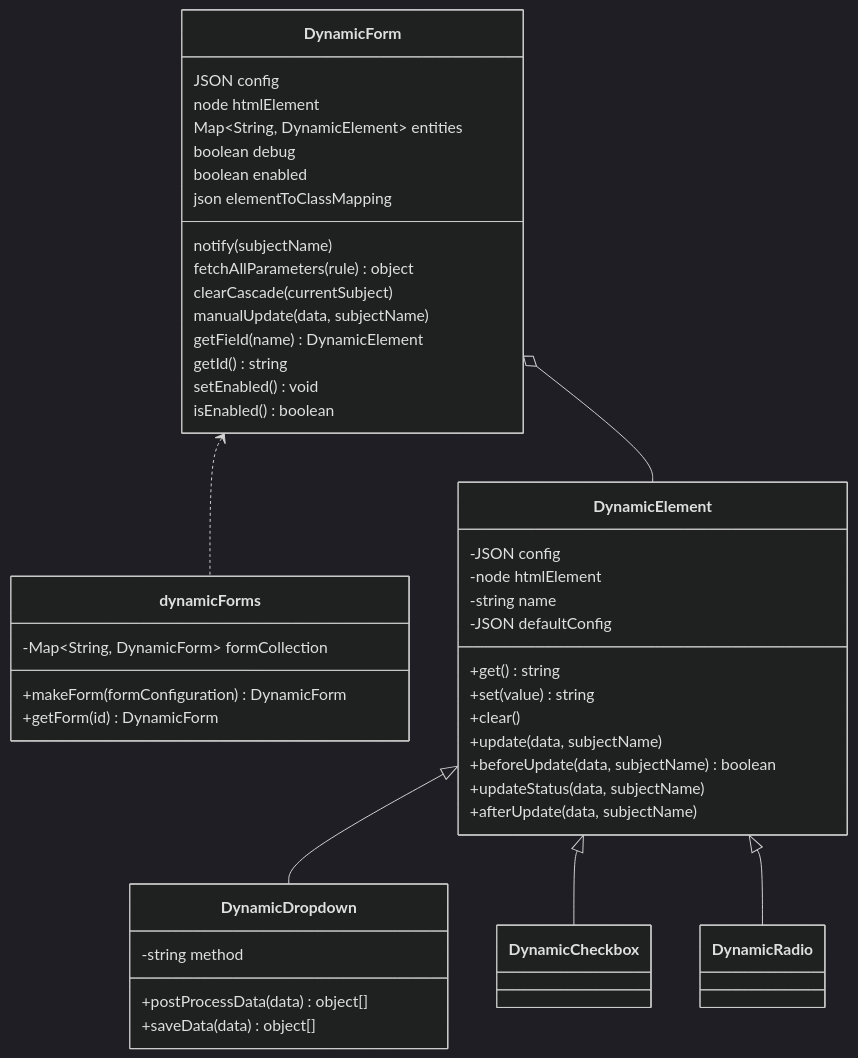
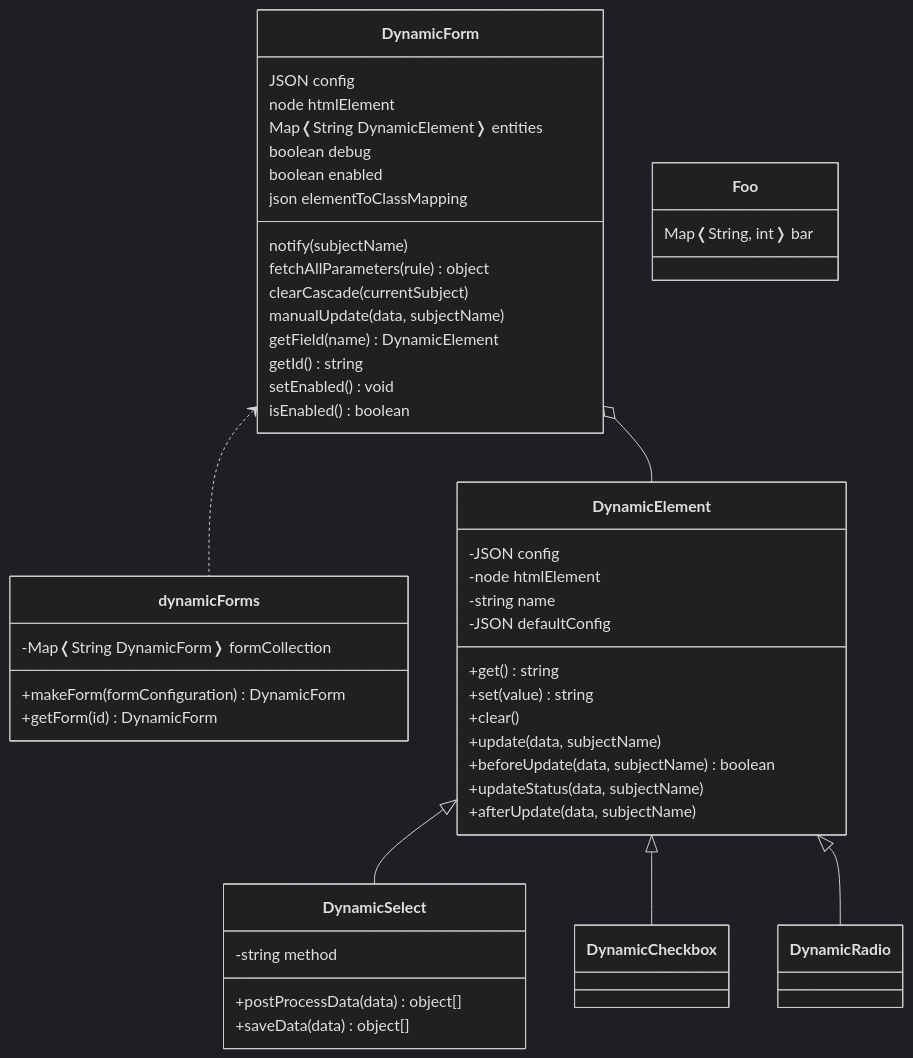
The diagram in docs/classdiagram.mmd (simomosi/dynamic-forms), drawn with Mermaid (dark theme) before and after one commit. The commit also changed 1 other file, not shown here.

Commit message:
Fixed mermaid class diagram not rendering

```diff
--- a/docs/classdiagram.mmd
+++ b/docs/classdiagram.mmd
@@ -1,51 +1,55 @@
 classDiagram
 
     class DynamicForm {
         JSON config
         node htmlElement
-        Map~String, DynamicElement~ entities
+        Map❬String DynamicElement❭ entities
         boolean debug
         boolean enabled
         json elementToClassMapping
 
         notify(subjectName)
         fetchAllParameters(rule) object
         clearCascade(currentSubject)
         manualUpdate(data, subjectName)
         getField(name) DynamicElement
         getId() string
         setEnabled() void
         isEnabled() boolean
     }
 
     class dynamicForms {
-        -Map~String, DynamicForm~ formCollection
+        -Map❬String DynamicForm❭ formCollection
         +makeForm(formConfiguration) DynamicForm
         +getForm(id) DynamicForm
     }
 
     class DynamicElement {
         -JSON config
         -node htmlElement
         -string name
         -JSON defaultConfig
         +get() string
         +set(value) string
         +clear()
         +update(data, subjectName)
         +beforeUpdate(data, subjectName) boolean
         +updateStatus(data, subjectName)
         +afterUpdate(data, subjectName)
     }
 
-    class DynamicDropdown {
+    class DynamicSelect {
         -string method
         +postProcessData(data) object[]
         +saveData(data) object[]
     }
 
     DynamicForm <.. dynamicForms
     DynamicForm o-- DynamicElement
-    DynamicElement <|-- DynamicDropdown
+    DynamicElement <|-- DynamicSelect
     DynamicElement <|-- DynamicCheckbox
     DynamicElement <|-- DynamicRadio
+
+    class Foo {
+        Map❬String, int❭ bar
+    }
```
